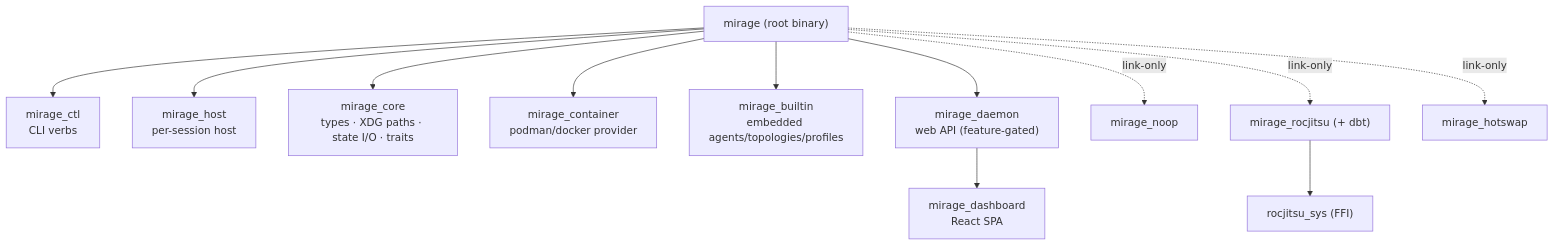
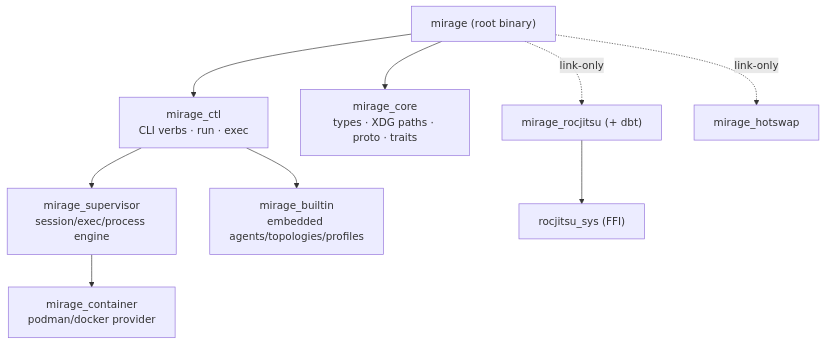
Before and after one commit to ROCm/rocm-systems: the fifth of 14 diagrams in emulation/mirage/docs/demo-debugging-at-scale.md, drawn with Mermaid. The commit also changed other lines of this file and 148 other files, not shown here.

````diff
--- a/emulation/mirage/docs/demo-debugging-at-scale.md
+++ b/emulation/mirage/docs/demo-debugging-at-scale.md
@@ -180,15 +193,12 @@
 ```mermaid
 flowchart TB
     root["mirage (root binary)"]
-    root --> ctl["mirage_ctl<br/>CLI verbs"]
-    root --> host["mirage_host<br/>per-session host"]
-    root --> core["mirage_core<br/>types · XDG paths · state I/O · traits"]
-    root --> cont["mirage_container<br/>podman/docker provider"]
-    root --> builtin["mirage_builtin<br/>embedded agents/topologies/profiles"]
-    root --> daemon["mirage_daemon<br/>web API (feature-gated)"]
-    daemon --> dash["mirage_dashboard<br/>React SPA"]
-    root -.link-only.-> noop["mirage_noop"]
+    root --> ctl["mirage_ctl<br/>CLI verbs · run · exec"]
+    root --> core["mirage_core<br/>types · XDG paths · proto · traits"]
+    ctl --> sup["mirage_supervisor<br/>session/exec/process engine"]
+    ctl --> builtin["mirage_builtin<br/>embedded agents/topologies/profiles"]
+    sup --> cont["mirage_container<br/>podman/docker provider"]
     root -.link-only.-> rj["mirage_rocjitsu (+ dbt)"]
     root -.link-only.-> hot["mirage_hotswap"]
     rj --> sys["rocjitsu_sys (FFI)"]
 ```
````
